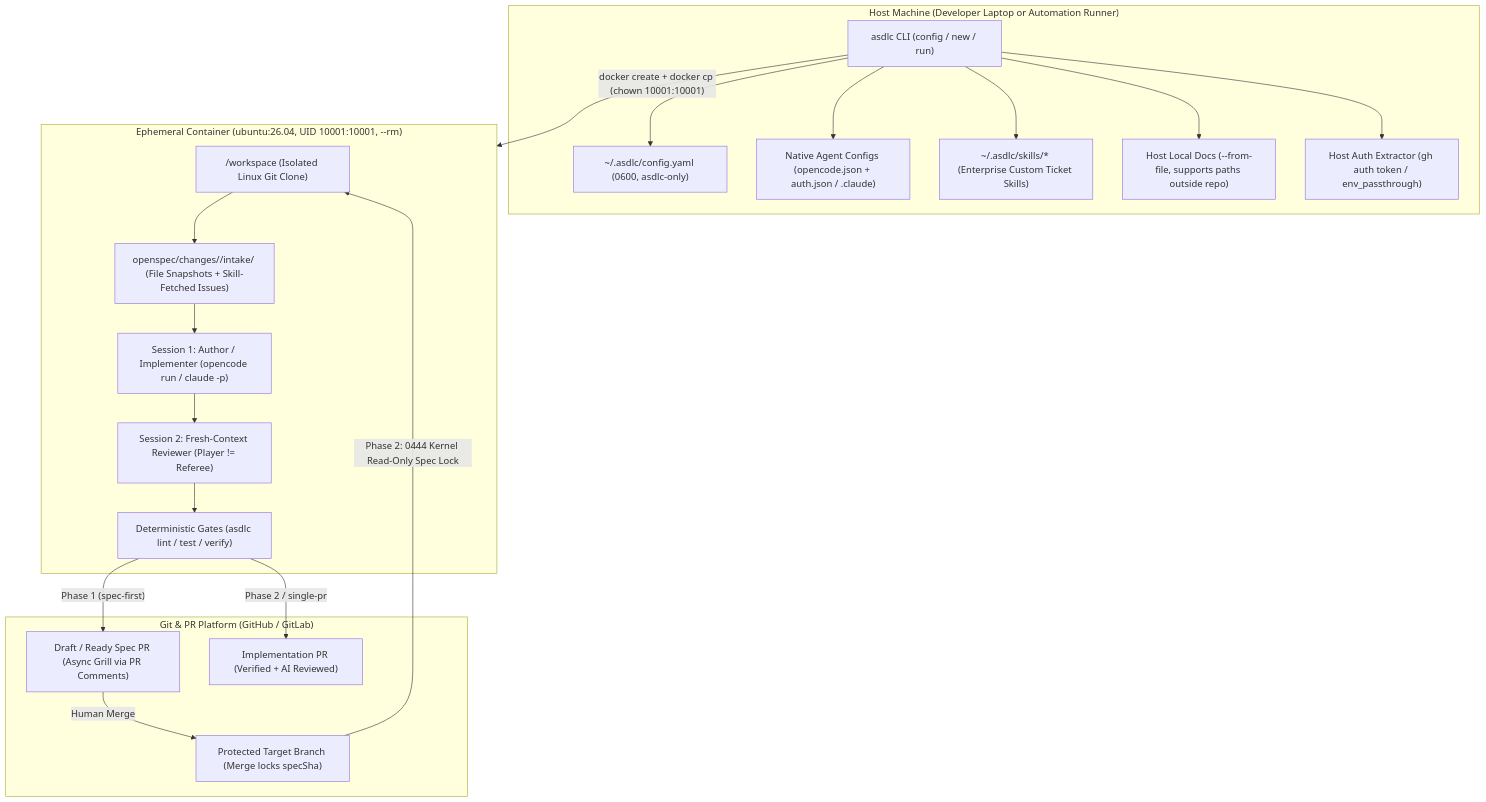
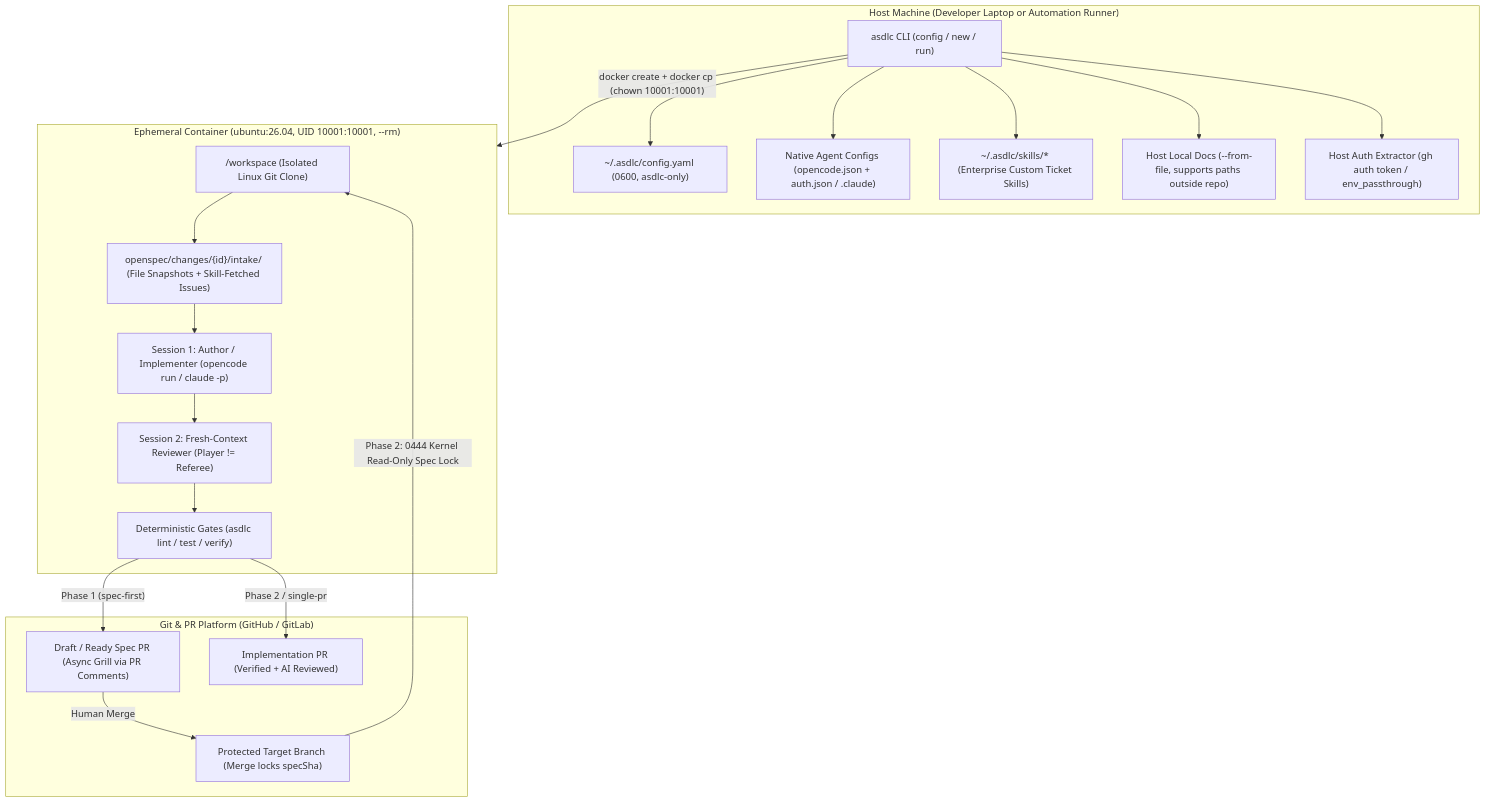
The first of 2 diagrams in docs/autonomous-pipeline.md (akjamie/agentic-sdlc), drawn with Mermaid before and after one commit. The commit also changed other lines of this file, not shown here.

Commit message:
fix(docs): resolve mermaid sequence diagram syntax error by renaming Box participant

````diff
--- a/docs/autonomous-pipeline.md
+++ b/docs/autonomous-pipeline.md
@@ -52,40 +52,40 @@
 ```mermaid
 flowchart TD
   subgraph Host["Host Machine (Developer Laptop or Automation Runner)"]
     CLI["asdlc CLI (config / new / run)"]
     GCFG["~/.asdlc/config.yaml (0600, asdlc-only)"]
     ACFG["Native Agent Configs (opencode.json + auth.json / .claude)"]
     CSKILL["~/.asdlc/skills/* (Enterprise Custom Ticket Skills)"]
     HFILES["Host Local Docs (--from-file, supports paths outside repo)"]
     GHTOKEN["Host Auth Extractor (gh auth token / env_passthrough)"]
   end
 
   subgraph Container["Ephemeral Container (ubuntu:26.04, UID 10001:10001, --rm)"]
     WS["/workspace (Isolated Linux Git Clone)"]
-    INTAKE["openspec/changes/<id>/intake/ (File Snapshots + Skill-Fetched Issues)"]
+    INTAKE["openspec/changes/{id}/intake/ (File Snapshots + Skill-Fetched Issues)"]
     S1["Session 1: Author / Implementer (opencode run / claude -p)"]
     S2["Session 2: Fresh-Context Reviewer (Player != Referee)"]
     GATES["Deterministic Gates (asdlc lint / test / verify)"]
   end
 
   subgraph Remote["Git & PR Platform (GitHub / GitLab)"]
     PR1["Draft / Ready Spec PR (Async Grill via PR Comments)"]
     MAIN["Protected Target Branch (Merge locks specSha)"]
     PR2["Implementation PR (Verified + AI Reviewed)"]
   end
 
   CLI --> GCFG
   CLI --> ACFG
   CLI --> CSKILL
   CLI --> HFILES
   CLI --> GHTOKEN
   CLI -- "docker create + docker cp (chown 10001:10001)" --> Container
   WS --> INTAKE
   INTAKE --> S1
   S1 --> S2
   S2 --> GATES
   GATES -- "Phase 1 (spec-first)" --> PR1
   PR1 -- "Human Merge" --> MAIN
   MAIN -- "Phase 2: 0444 Kernel Read-Only Spec Lock" --> WS
   GATES -- "Phase 2 / single-pr" --> PR2
 ```
````
